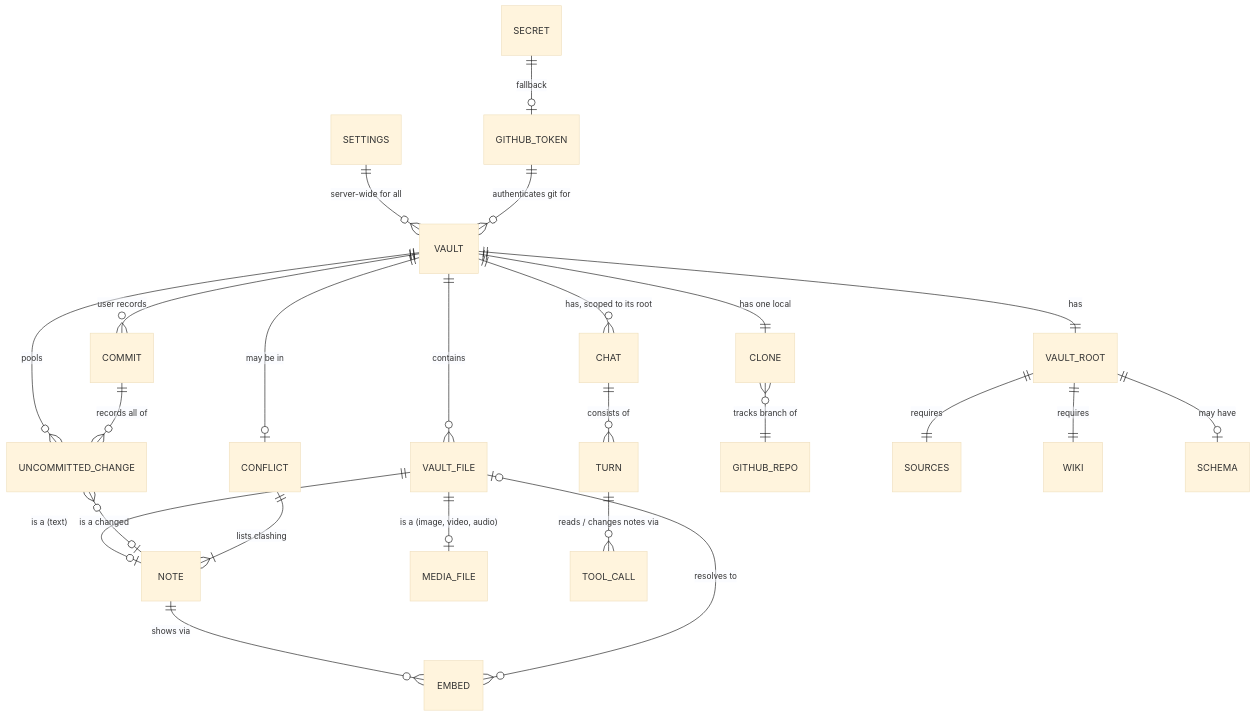
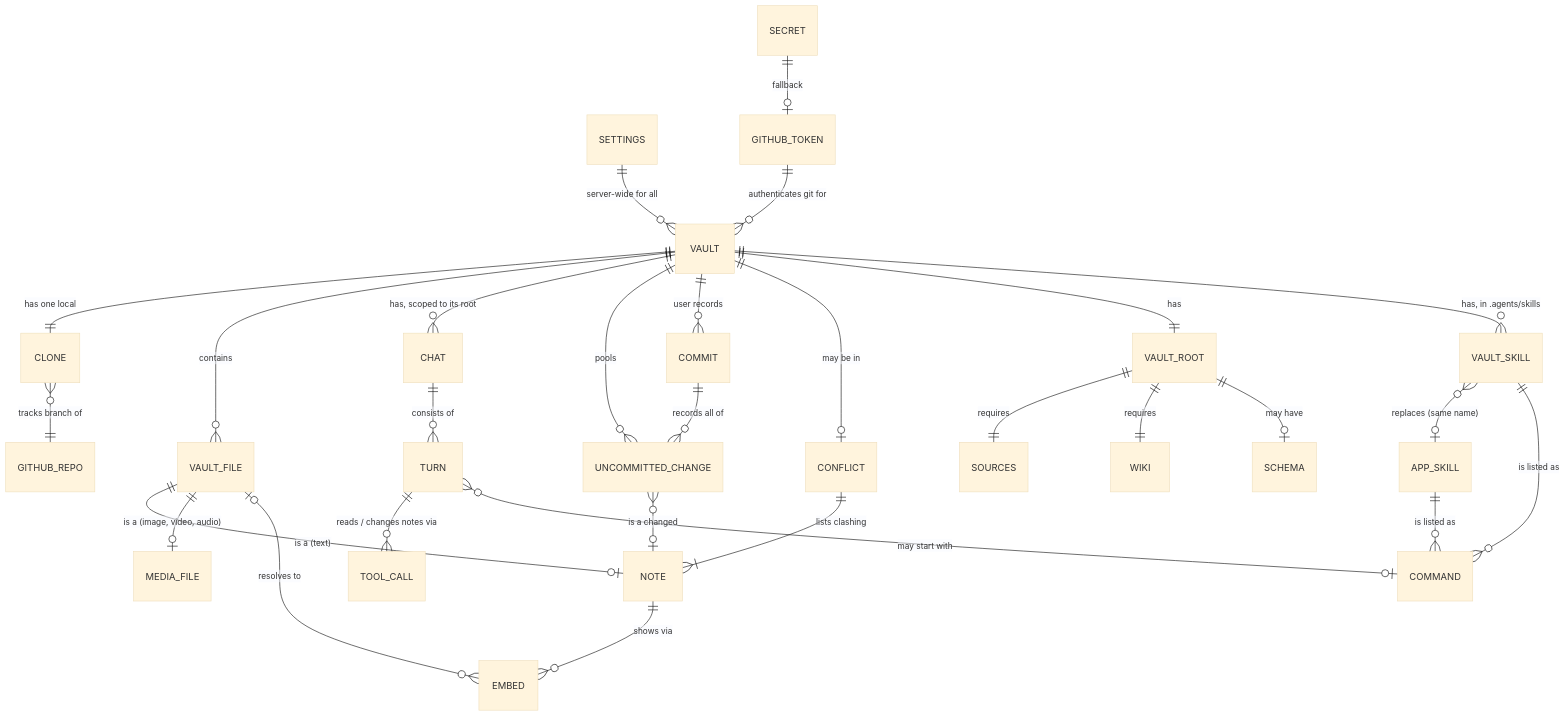
One commit to tillg/karpathy.app changed the first of 14 diagrams in specs/system/domain.md. Above: the diagram before and after it, drawn with Mermaid (base theme). The commit also changed other lines of this file and 54 other files, not shown here.

````diff
--- a/specs/system/domain.md
+++ b/specs/system/domain.md
@@ -122,26 +140,31 @@
 ```mermaid
 erDiagram
   SETTINGS ||--o{ VAULT : "server-wide for all"
   VAULT ||--|| CLONE : "has one local"
   VAULT ||--o{ VAULT_FILE : contains
   VAULT_FILE ||--o| NOTE : "is a (text)"
   VAULT_FILE ||--o| MEDIA_FILE : "is a (image, video, audio)"
   NOTE ||--o{ EMBED : "shows via"
   EMBED }o--o| VAULT_FILE : "resolves to"
   VAULT ||--o{ CHAT : "has, scoped to its root"
   CHAT ||--o{ TURN : "consists of"
   TURN ||--o{ TOOL_CALL : "reads / changes notes via"
   VAULT ||--o{ UNCOMMITTED_CHANGE : pools
   UNCOMMITTED_CHANGE }o--o| NOTE : "is a changed"
   VAULT ||--o{ COMMIT : "user records"
   COMMIT ||--o{ UNCOMMITTED_CHANGE : "records all of"
   VAULT ||--o| CONFLICT : "may be in"
   CONFLICT ||--|{ NOTE : "lists clashing"
   CLONE }o--|| GITHUB_REPO : "tracks branch of"
   GITHUB_TOKEN ||--o{ VAULT : "authenticates git for"
   SECRET ||--o| GITHUB_TOKEN : "fallback"
   VAULT ||--|| VAULT_ROOT : has
   VAULT_ROOT ||--|| SOURCES : "requires"
   VAULT_ROOT ||--|| WIKI : "requires"
   VAULT_ROOT ||--o| SCHEMA : "may have"
+  VAULT ||--o{ VAULT_SKILL : "has, in .agents/skills"
+  VAULT_SKILL }o--o| APP_SKILL : "replaces (same name)"
+  VAULT_SKILL ||--o{ COMMAND : "is listed as"
+  APP_SKILL ||--o{ COMMAND : "is listed as"
+  TURN }o--o| COMMAND : "may start with"
 ```
````
